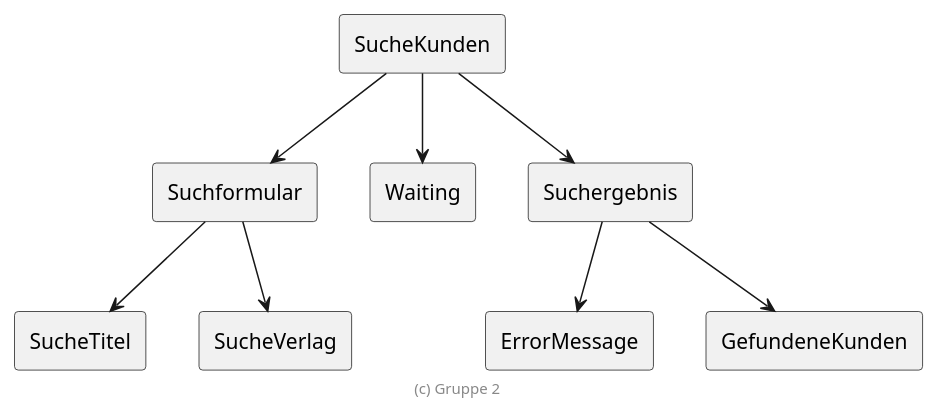
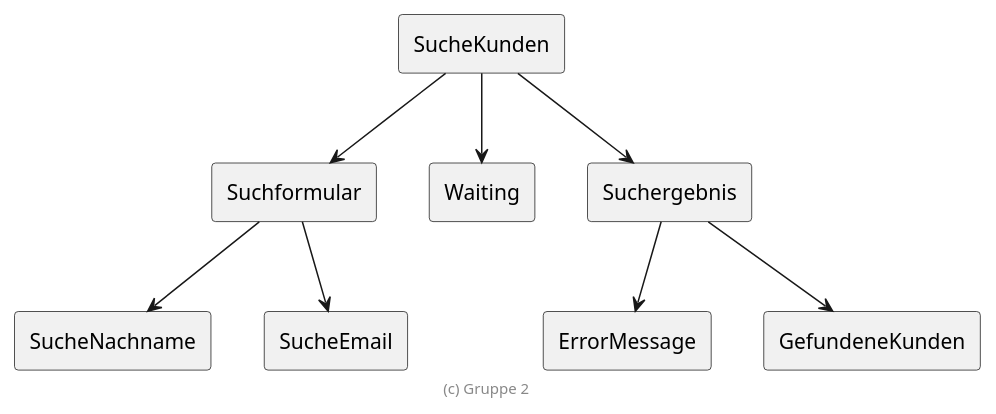
The diagram in extras/doc/komponentenbaum.SucheKunden.plantuml (Wichlee/kundeweb), drawn with PlantUML before and after one commit. The commit also changed 2 other files, not shown here.

```diff
--- a/extras/doc/komponentenbaum.SucheKunden.plantuml
+++ b/extras/doc/komponentenbaum.SucheKunden.plantuml
@@ -18,28 +18,28 @@
 @startuml SucheKunden
 
 'top to bottom direction
 
 rectangle SucheKunden
 rectangle Suchformular
 rectangle Waiting
 rectangle Suchergebnis
 
 SucheKunden --> Suchformular
 SucheKunden --> Waiting
 SucheKunden --> Suchergebnis
 
-rectangle SucheTitel
-rectangle SucheVerlag
+rectangle SucheNachname
+rectangle SucheEmail
 
-Suchformular --> SucheTitel
-Suchformular --> SucheVerlag
+Suchformular --> SucheNachname
+Suchformular --> SucheEmail
 
 rectangle ErrorMessage
 rectangle GefundeneKunden
 
 Suchergebnis --> ErrorMessage
 Suchergebnis --> GefundeneKunden
 
 footer (c) Gruppe 2
 
 @enduml
```
